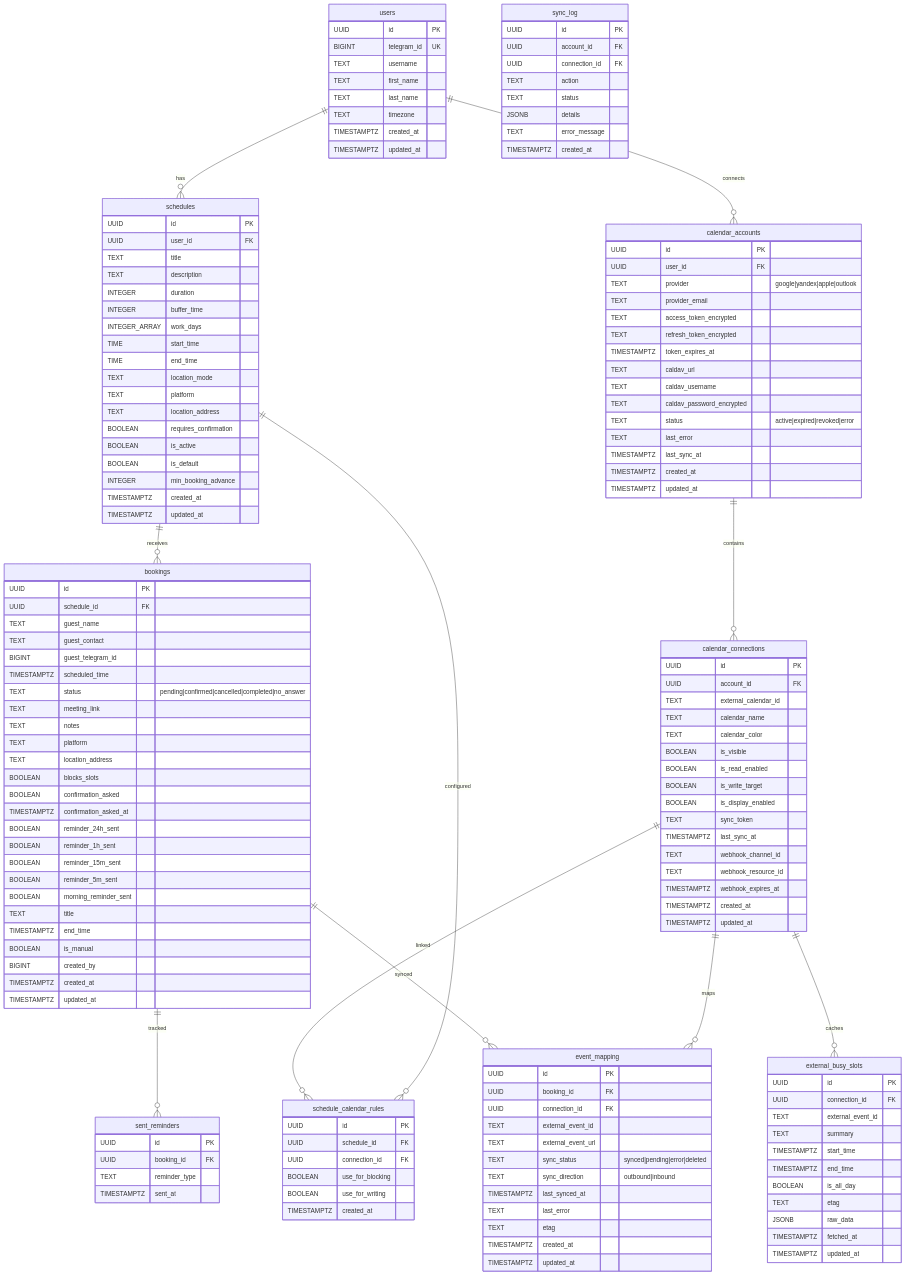
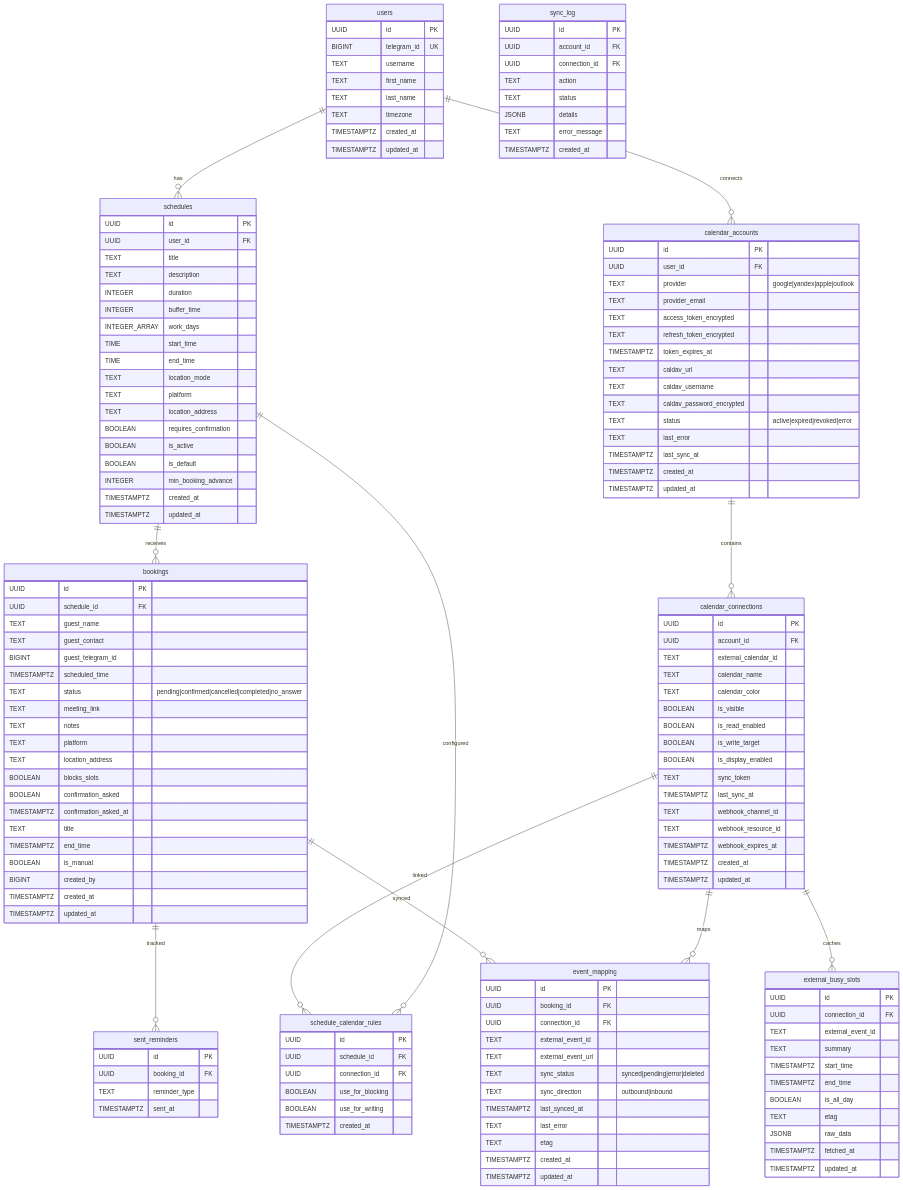
One commit to iwantproger/do_vstrechi changed the fourth of 8 diagrams in docs/ARCHITECTURE.md. Above: the diagram before and after it, drawn with Mermaid. The commit also changed other lines of this file and 36 other files, not shown here.

```diff
--- a/docs/ARCHITECTURE.md
+++ b/docs/ARCHITECTURE.md
@@ -287,11 +285,6 @@
         BOOLEAN blocks_slots
         BOOLEAN confirmation_asked
         TIMESTAMPTZ confirmation_asked_at
-        BOOLEAN reminder_24h_sent
-        BOOLEAN reminder_1h_sent
-        BOOLEAN reminder_15m_sent
-        BOOLEAN reminder_5m_sent
-        BOOLEAN morning_reminder_sent
         TEXT title
         TIMESTAMPTZ end_time
         BOOLEAN is_manual
```
